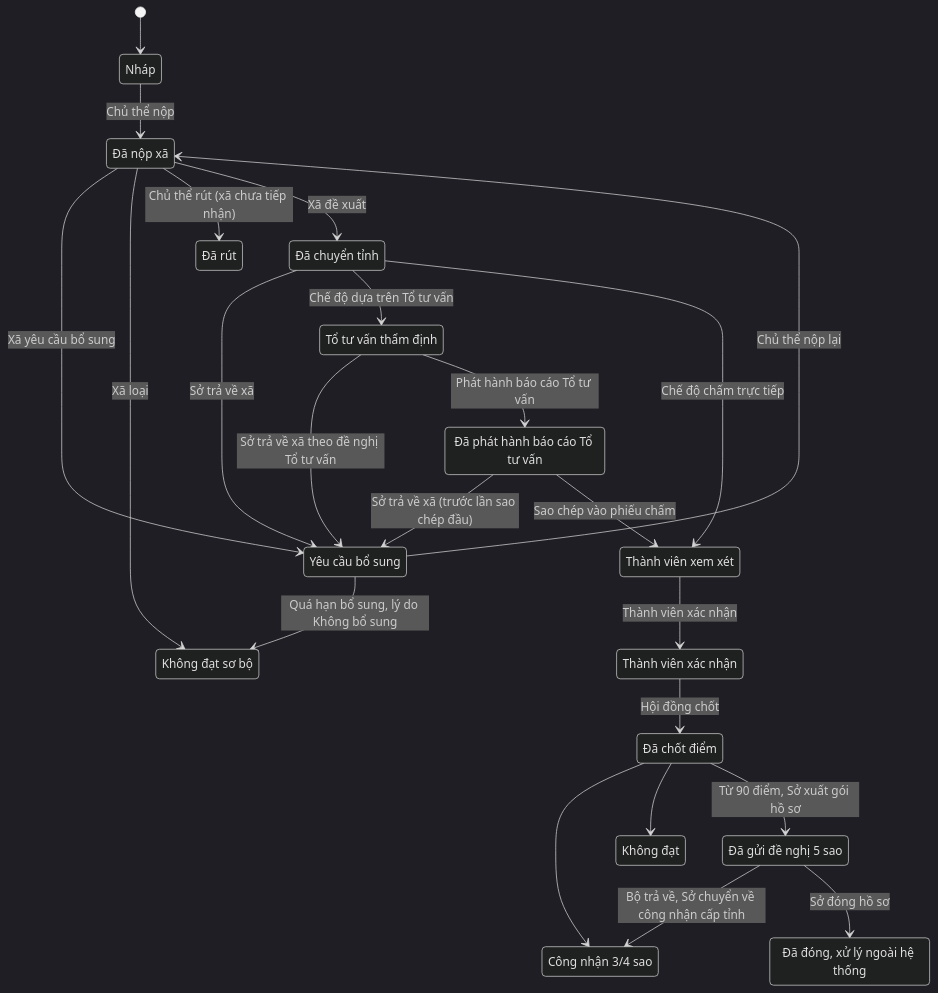
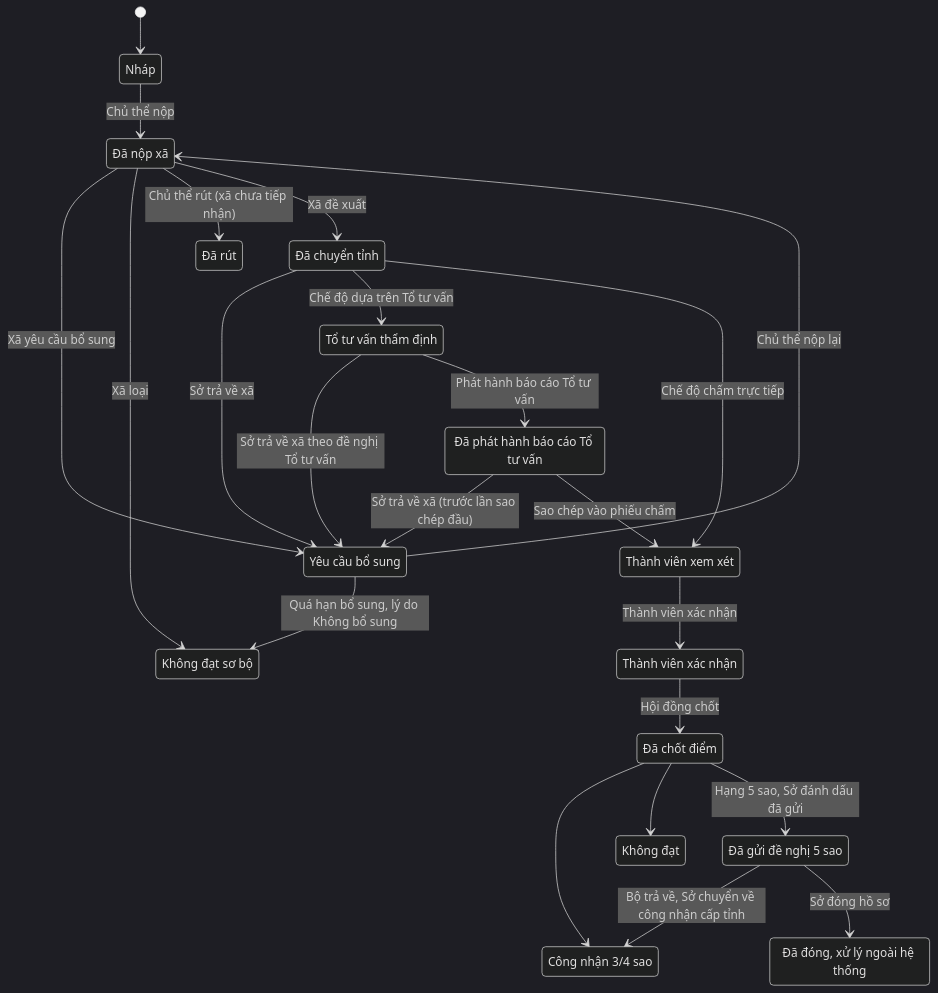
One commit to ndlinh-celtic/ocop changed the second of 9 diagrams in docs/OCOP_luong_xu_ly_ban_rut_gon.md. Above: the diagram before and after it, drawn with Mermaid (dark theme). The commit also changed other lines of this file and 25 other files, not shown here.

````diff
--- a/docs/OCOP_luong_xu_ly_ban_rut_gon.md
+++ b/docs/OCOP_luong_xu_ly_ban_rut_gon.md
@@ -44,41 +44,41 @@
 ```mermaid
 stateDiagram-v2
     state "Nháp" as Nhap
     state "Đã nộp xã" as NopXa
     state "Yêu cầu bổ sung" as BoSung
     state "Không đạt sơ bộ" as KhongDatSB
     state "Đã rút" as DaRut
     state "Đã chuyển tỉnh" as ChuyenTinh
     state "Tổ tư vấn thẩm định" as ThamMuu
     state "Đã phát hành báo cáo Tổ tư vấn" as PhatHanh
     state "Thành viên xem xét" as TVXem
     state "Thành viên xác nhận" as TVXacNhan
     state "Đã chốt điểm" as ChotDiem
     state "Công nhận 3/4 sao" as CN34
     state "Không đạt" as KhongDat
     state "Đã gửi đề nghị 5 sao" as GuiBo
     state "Đã đóng, xử lý ngoài hệ thống" as DaDong
 
     [*] --> Nhap
     Nhap --> NopXa: Chủ thể nộp
     NopXa --> BoSung: Xã yêu cầu bổ sung
     BoSung --> NopXa: Chủ thể nộp lại
     NopXa --> KhongDatSB: Xã loại
     NopXa --> DaRut: Chủ thể rút (xã chưa tiếp nhận)
     BoSung --> KhongDatSB: Quá hạn bổ sung, lý do Không bổ sung
     NopXa --> ChuyenTinh: Xã đề xuất
     ChuyenTinh --> BoSung: Sở trả về xã
     ChuyenTinh --> ThamMuu: Chế độ dựa trên Tổ tư vấn
     ChuyenTinh --> TVXem: Chế độ chấm trực tiếp
     ThamMuu --> BoSung: Sở trả về xã theo đề nghị Tổ tư vấn
     ThamMuu --> PhatHanh: Phát hành báo cáo Tổ tư vấn
     PhatHanh --> BoSung: Sở trả về xã (trước lần sao chép đầu)
     PhatHanh --> TVXem: Sao chép vào phiếu chấm
     TVXem --> TVXacNhan: Thành viên xác nhận
     TVXacNhan --> ChotDiem: Hội đồng chốt
     ChotDiem --> CN34
     ChotDiem --> KhongDat
-    ChotDiem --> GuiBo: Từ 90 điểm, Sở xuất gói hồ sơ
+    ChotDiem --> GuiBo: Hạng 5 sao, Sở đánh dấu đã gửi
     GuiBo --> CN34: Bộ trả về, Sở chuyển về công nhận cấp tỉnh
     GuiBo --> DaDong: Sở đóng hồ sơ
 ```
````
